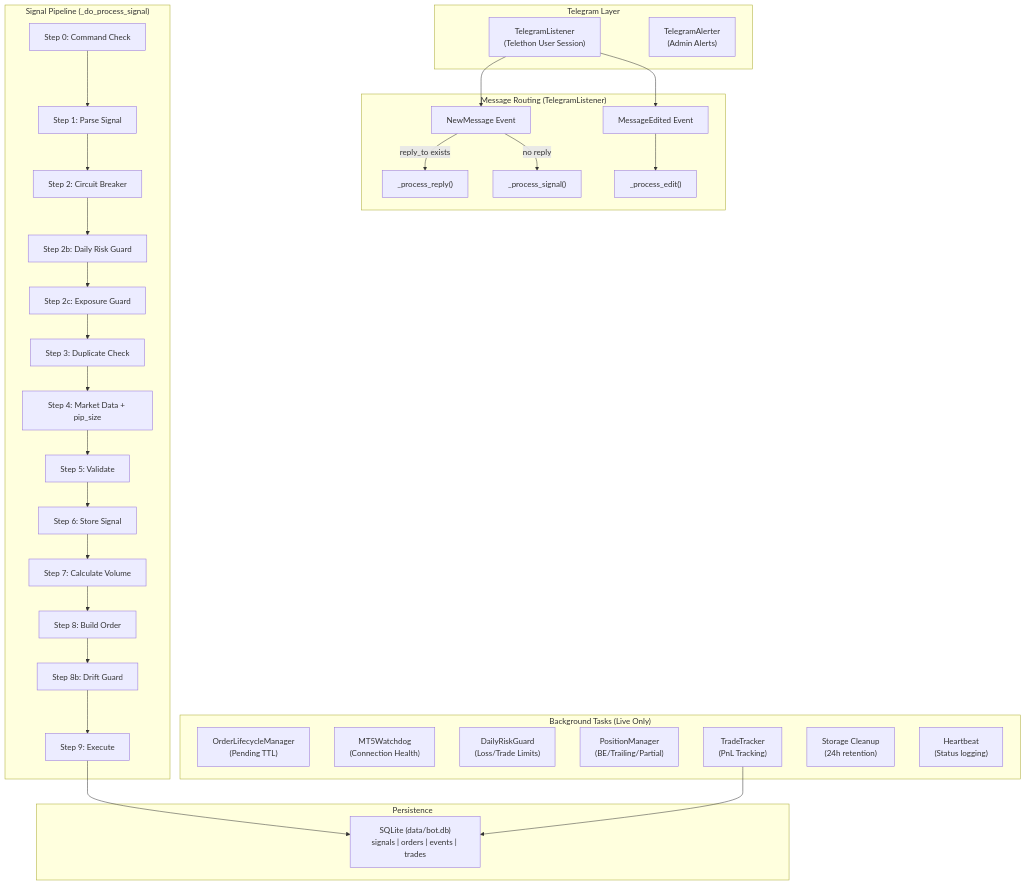
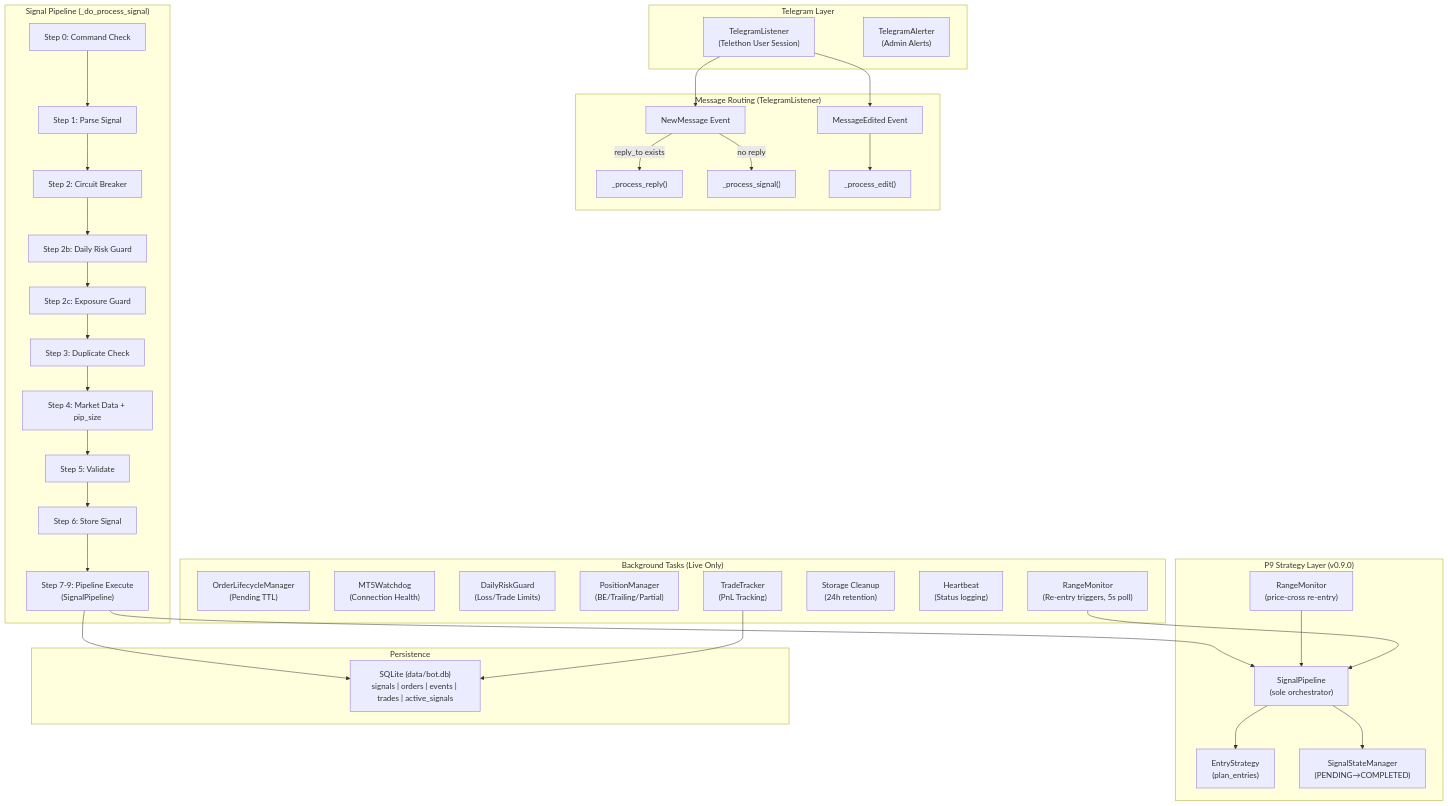
The first of 4 diagrams in docs/walkthrough.md (johnsmithvn/New_BOT_FX), drawn with Mermaid before and after one commit. The commit also changed other lines of this file and 24 other files, not shown here.

Commit message:
feat: Implement multi-order signal pipeline with new core modules, integrating it into main execution and adding comprehensive documentation.

````diff
--- a/docs/walkthrough.md
+++ b/docs/walkthrough.md
@@ -9,52 +9,62 @@
 ```mermaid
 graph TB
     subgraph "Telegram Layer"
         TL["TelegramListener<br/>(Telethon User Session)"]
         TA["TelegramAlerter<br/>(Admin Alerts)"]
     end
 
     subgraph "Message Routing (TelegramListener)"
         NM["NewMessage Event"]
         EM["MessageEdited Event"]
         NM -->|reply_to exists| REPLY["_process_reply()"]
         NM -->|no reply| SIG["_process_signal()"]
         EM --> EDIT["_process_edit()"]
     end
 
     subgraph "Signal Pipeline (_do_process_signal)"
         S0["Step 0: Command Check"]
         S1["Step 1: Parse Signal"]
         S2["Step 2: Circuit Breaker"]
         S2b["Step 2b: Daily Risk Guard"]
         S2c["Step 2c: Exposure Guard"]
         S3["Step 3: Duplicate Check"]
         S4["Step 4: Market Data + pip_size"]
         S5["Step 5: Validate"]
         S6["Step 6: Store Signal"]
-        S7["Step 7: Calculate Volume"]
-        S8["Step 8: Build Order"]
-        S8b["Step 8b: Drift Guard"]
-        S9["Step 9: Execute"]
+        S79["Step 7-9: Pipeline Execute\n(SignalPipeline)"]
 
-        S0 --> S1 --> S2 --> S2b --> S2c --> S3 --> S4 --> S5 --> S6 --> S7 --> S8 --> S8b --> S9
+        S0 --> S1 --> S2 --> S2b --> S2c --> S3 --> S4 --> S5 --> S6 --> S79
+    end
+
+    subgraph "P9 Strategy Layer (v0.9.0)"
+        ES["EntryStrategy\n(plan_entries)"]
+        SSM["SignalStateManager\n(PENDING→COMPLETED)"]
+        SPL["SignalPipeline\n(sole orchestrator)"]
+        RMN["RangeMonitor\n(price-cross re-entry)"]
     end
 
     subgraph "Background Tasks (Live Only)"
         BG1["OrderLifecycleManager<br/>(Pending TTL)"]
         BG2["MT5Watchdog<br/>(Connection Health)"]
         BG3["DailyRiskGuard<br/>(Loss/Trade Limits)"]
         BG4["PositionManager<br/>(BE/Trailing/Partial)"]
         BG5["TradeTracker<br/>(PnL Tracking)"]
         BG6["Storage Cleanup<br/>(24h retention)"]
         BG7["Heartbeat<br/>(Status logging)"]
+        BG8["RangeMonitor<br/>(Re-entry triggers, 5s poll)"]
     end
 
     subgraph "Persistence"
-        DB["SQLite (data/bot.db)<br/>signals | orders | events | trades"]
+        DB["SQLite (data/bot.db)<br/>signals | orders | events | trades | active_signals"]
     end
 
     TL --> NM
     TL --> EM
-    S9 --> DB
+    S79 --> DB
+    S79 --> SPL
+    SPL --> ES
+    SPL --> SSM
+    RMN --> SPL
     BG5 --> DB
+    BG8 --> SPL
 ```
````
